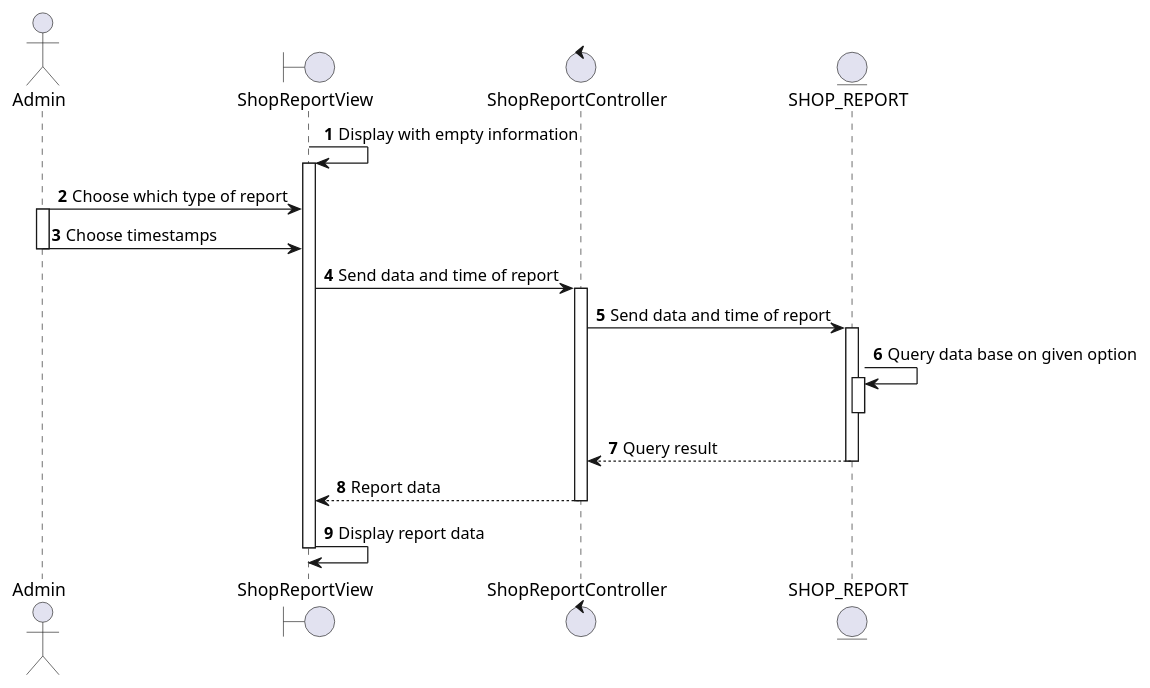
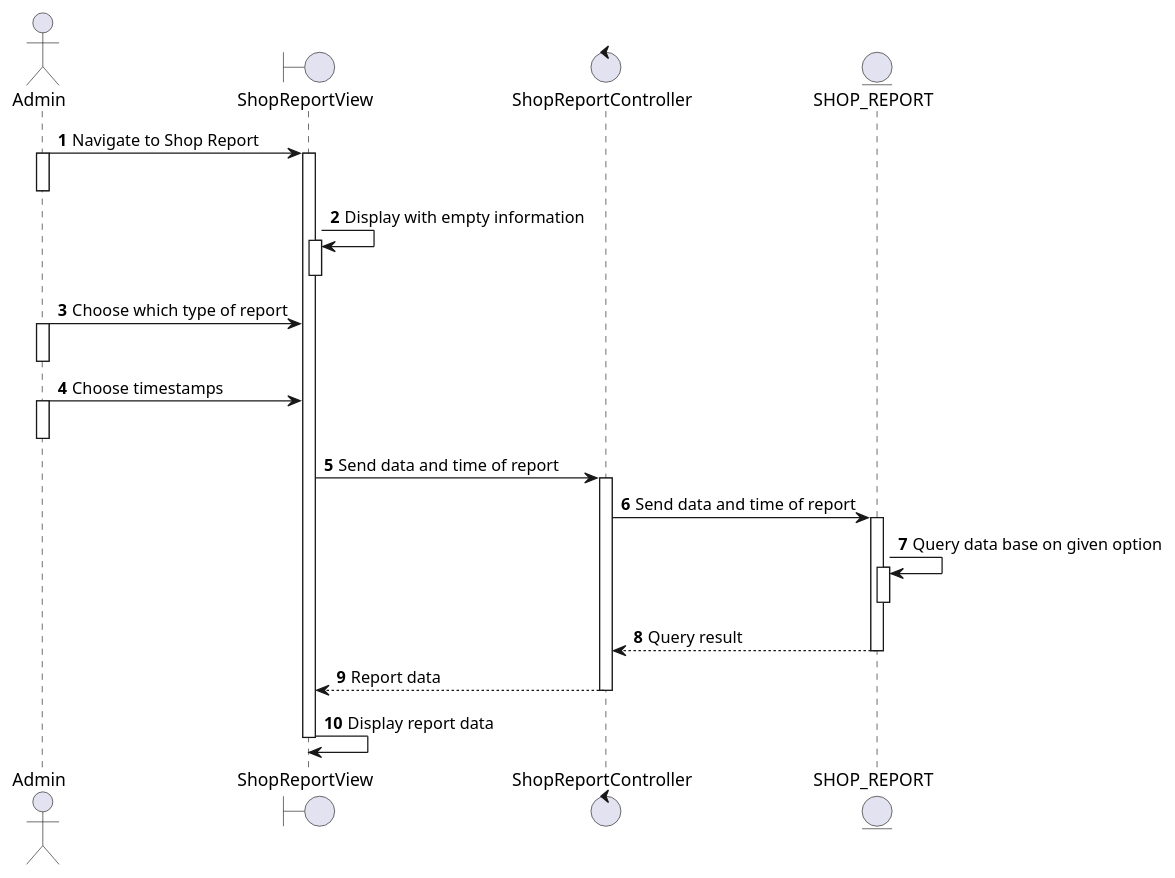
Before and after one commit to electricilies/electricilies.github.io: the diagram in docs/software-docs/sequence/view-shop-report/view-shop-report.md, drawn with PlantUML. The commit also changed 16 other files, not shown here.

Commit message:
refactor: sequence diagrams start from user side, and some minor

````diff
--- a/docs/software-docs/sequence/view-shop-report/view-shop-report.md
+++ b/docs/software-docs/sequence/view-shop-report/view-shop-report.md
@@ -3,31 +3,38 @@
 ```plantuml
 @startuml
 autonumber
 
 actor Admin as A
 boundary ShopReportView as SRV
 control ShopReportController as SRC
 entity SHOP_REPORT as SR
 
+A -> SRV: Navigate to Shop Report
+activate A
+activate SRV
+deactivate A
 SRV -> SRV: Display with empty information
 activate SRV
+deactivate SRV
 A -> SRV: Choose which type of report
 activate A
+deactivate A
 A -> SRV: Choose timestamps
+activate A
 deactivate A
 SRV -> SRC: Send data and time of report
 activate SRC
 SRC -> SR: Send data and time of report
 activate SR
 SR -> SR: Query data base on given option
 activate SR
 deactivate SR
 SRC <-- SR: Query result
 deactivate SR
 SRV <-- SRC: Report data
 deactivate SRC
 SRV -> SRV: Display report data
 deactivate SRV
 
 @enduml
 ```
````
